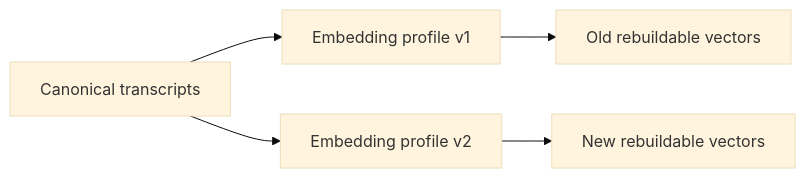
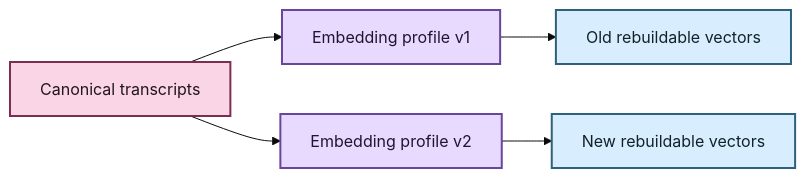
One commit to SSD1805/EchoFlow changed the third of 3 diagrams in docs/semantic-search.md. Above: the diagram before and after it, drawn with Mermaid (base theme). The commit also changed other lines of this file, not shown here.

````diff
--- a/docs/semantic-search.md
+++ b/docs/semantic-search.md
@@ -215,7 +304,15 @@
 ```mermaid
 flowchart LR
     T[Canonical transcripts] --> P1[Embedding profile v1]
     T --> P2[Embedding profile v2]
     P1 --> V1[Old rebuildable vectors]
     P2 --> V2[New rebuildable vectors]
+
+    classDef evidence fill:#F9D5E5,stroke:#7B2E52,stroke-width:2px,color:#22151B
+    classDef profile fill:#E8D9FF,stroke:#68469B,stroke-width:2px,color:#1F1630
+    classDef derived fill:#D8EEFF,stroke:#2E617B,stroke-width:2px,color:#12222A
+
+    class T evidence
+    class P1,P2 profile
+    class V1,V2 derived
 ```
````
